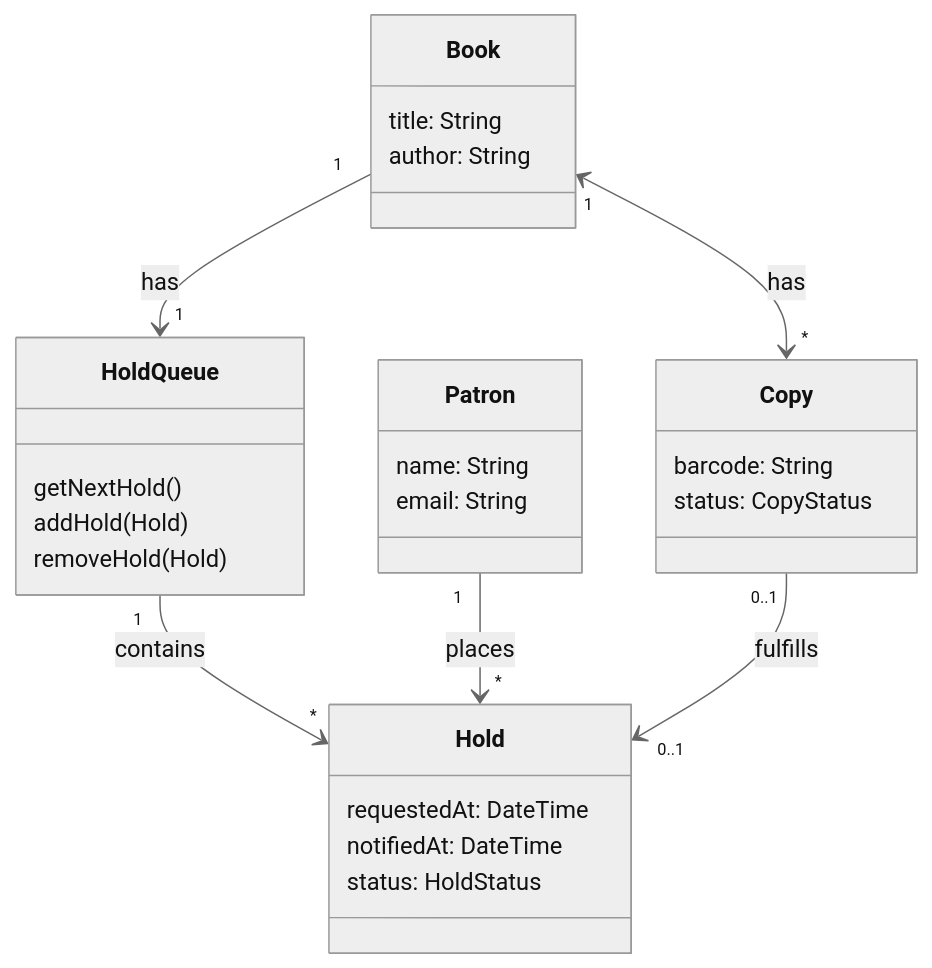
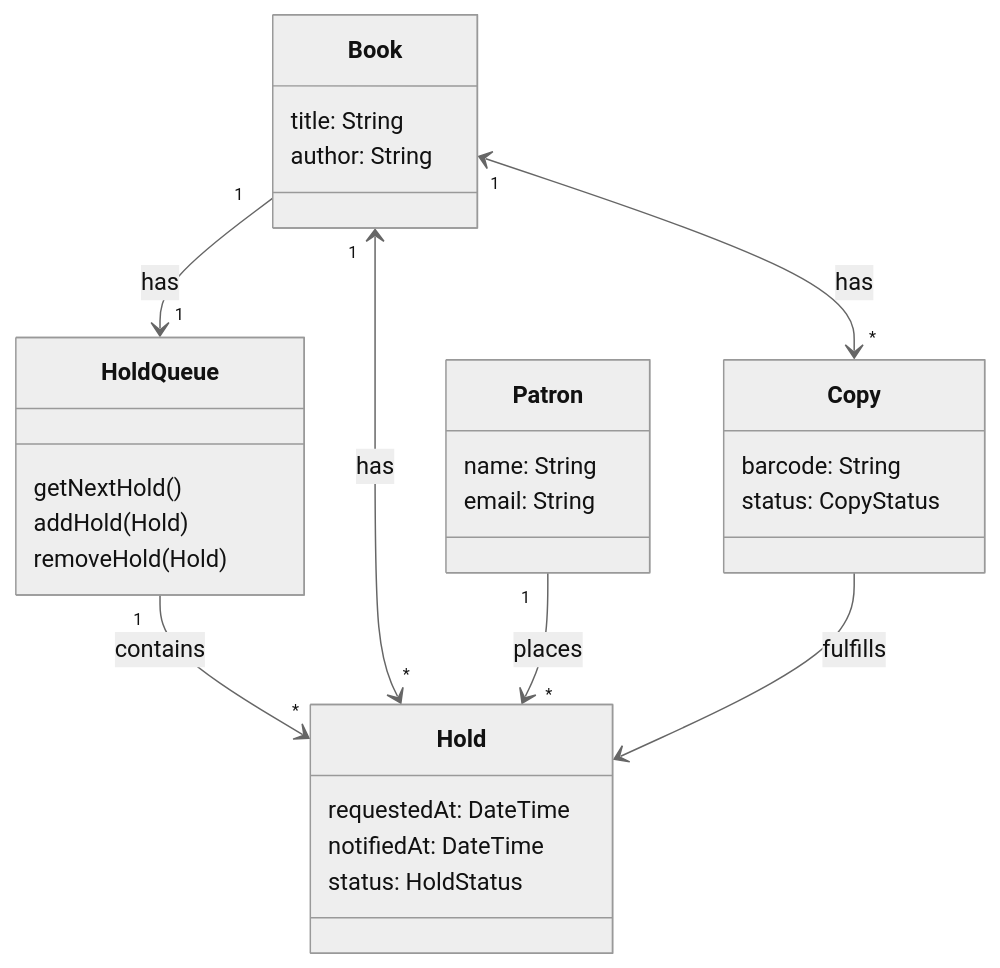
Before and after one commit to neu-pdi/cs3100-public-resources: the fourth of 8 diagrams in lecture-slides/l12-domain-modeling.mdx, drawn with Mermaid (neutral theme). The commit also changed other lines of this file and 1 other file, not shown here.

````diff
--- a/lecture-slides/l12-domain-modeling.mdx
+++ b/lecture-slides/l12-domain-modeling.mdx
@@ -1304,35 +1312,36 @@
 ```mermaid
 classDiagram
     class Patron {
         name: String
         email: String
     }
 
     class Book {
         title: String
         author: String
     }
 
     class Copy {
         barcode: String
         status: CopyStatus
     }
 
     class Hold {
         requestedAt: DateTime
         notifiedAt: DateTime
         status: HoldStatus
     }
 
     class HoldQueue {
         getNextHold()
         addHold(Hold)
         removeHold(Hold)
     }
 
     Book "1" <--> "*" Copy : has
     Book "1" --> "1" HoldQueue : has
     HoldQueue "1" --> "*" Hold : contains
+    Book "1" <--> "*" Hold : has
     Patron "1" --> "*" Hold : places
-    Copy "0..1" --> "0..1" Hold : fulfills
+    Copy --> Hold : fulfills
 ```
````
